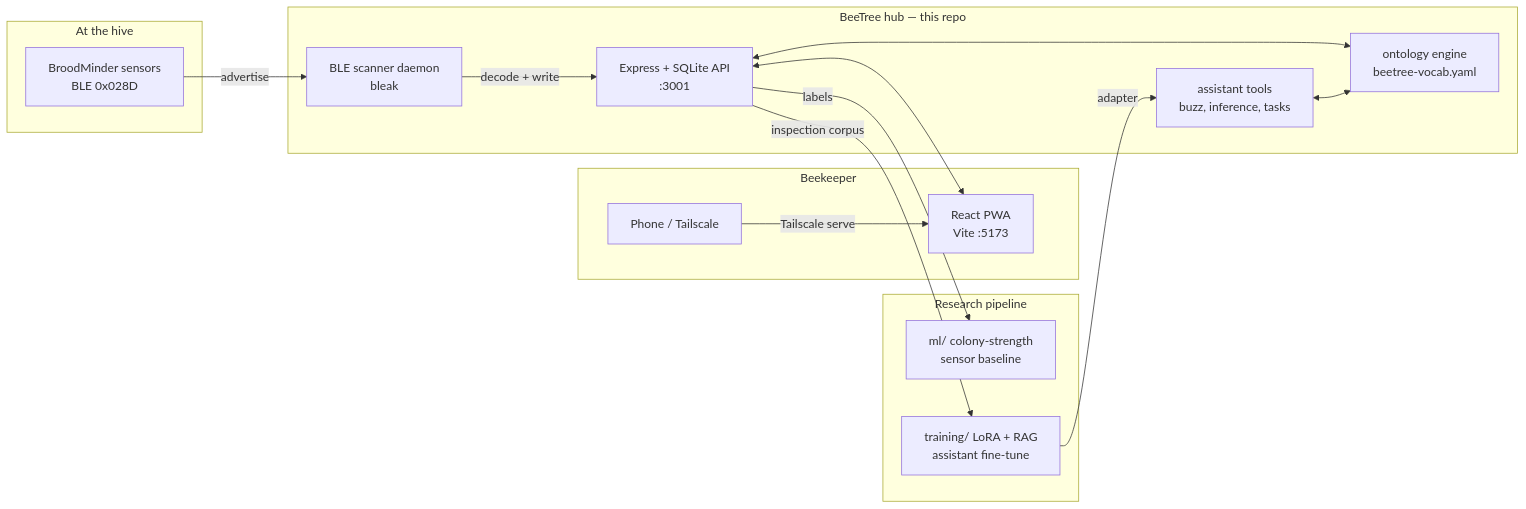
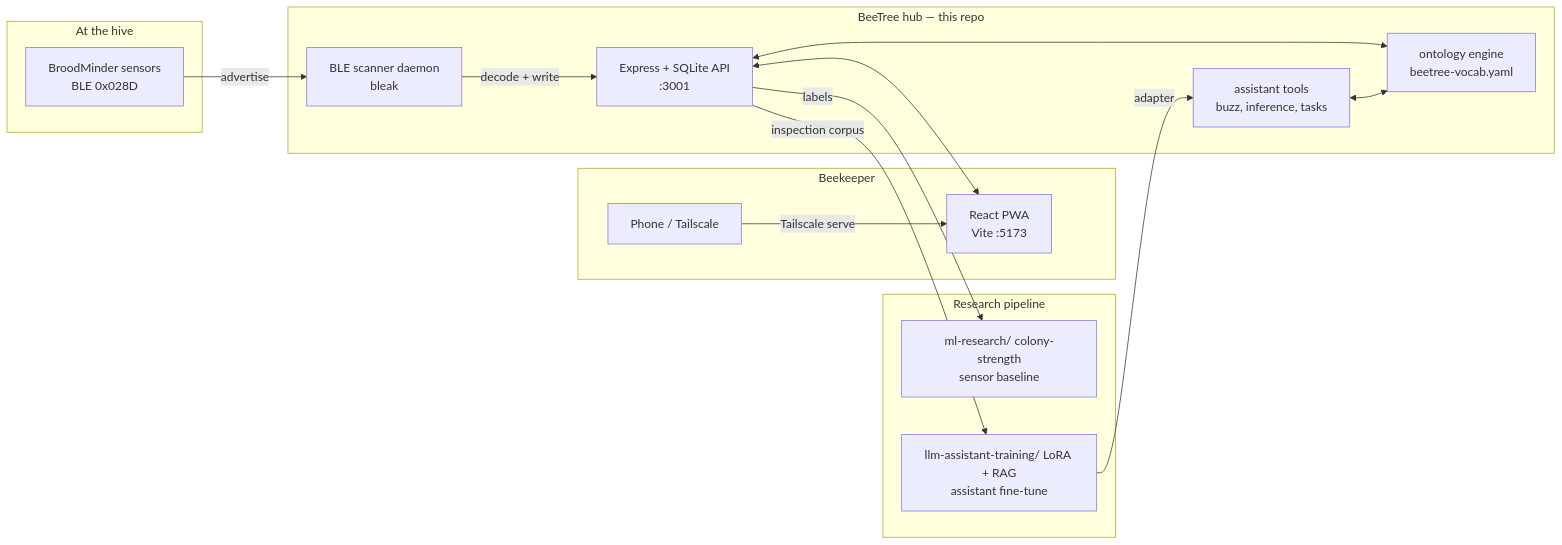
Before and after one commit to shields-farm/beetree: the diagram in README.md, drawn with Mermaid. The commit also changed other lines of this file and 48 other files, not shown here.

````diff
--- a/README.md
+++ b/README.md
@@ -28,33 +28,33 @@
 ```mermaid
 flowchart LR
     subgraph HIVE [At the hive]
         BM[BroodMinder sensors<br/>BLE 0x028D]
     end
 
     subgraph HUB [BeeTree hub — this repo]
         SCAN[BLE scanner daemon<br/>bleak]
         API[Express + SQLite API<br/>:3001]
         ONT[ontology engine<br/>beetree-vocab.yaml]
         ASSIST[assistant tools<br/>buzz, inference, tasks]
     end
 
     subgraph CLIENT [Beekeeper]
         UI[React PWA<br/>Vite :5173]
         PH[Phone / Tailscale]
     end
 
     subgraph RESEARCH [Research pipeline]
-        ML[ml/ colony-strength<br/>sensor baseline]
-        TR[training/ LoRA + RAG<br/>assistant fine-tune]
+        ML[ml-research/ colony-strength<br/>sensor baseline]
+        TR[llm-assistant-training/ LoRA + RAG<br/>assistant fine-tune]
     end
 
     BM -- "advertise" --> SCAN
     SCAN -- "decode + write" --> API
     API <--> ONT
     ASSIST <--> ONT
     API <--> UI
     PH -- "Tailscale serve" --> UI
     API -- "labels" --> ML
     API -- "inspection corpus" --> TR
     TR -- "adapter" --> ASSIST
 ```
````
